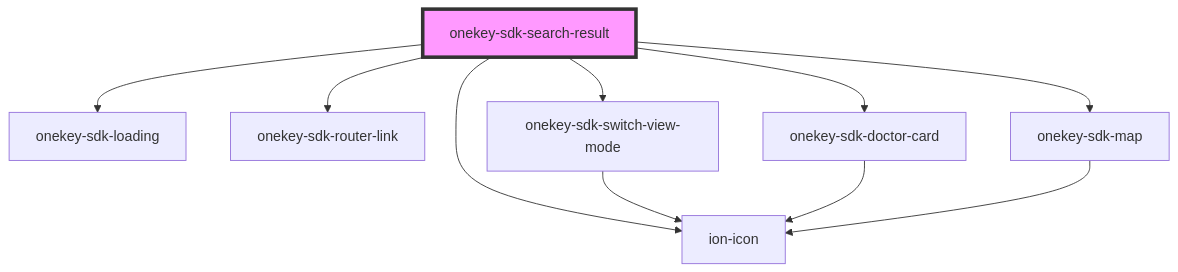
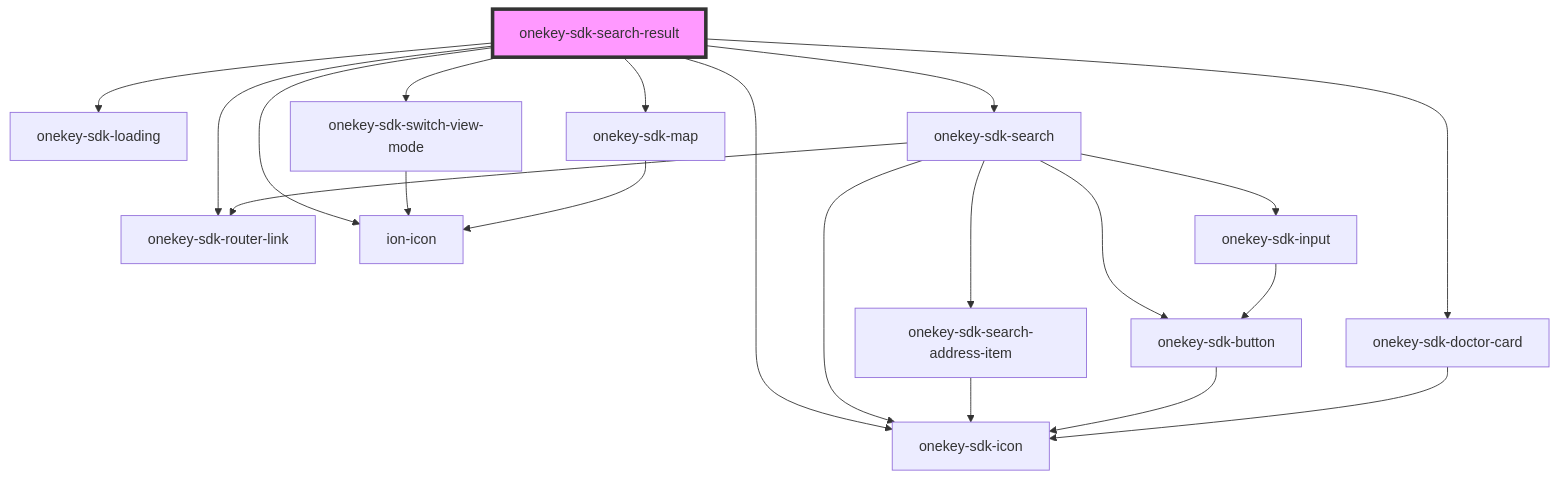
One commit to hcl-sdk/HealthCareLocatorWebSDK changed the diagram in packages/onekey-sdk-core-ui/docs/components/screens/onekey-sdk-search-result/readme.md. Above: the diagram before and after it, drawn with Mermaid. The commit also changed other lines of this file and 42 other files, not shown here.

````diff
--- a/packages/onekey-sdk-core-ui/docs/components/screens/onekey-sdk-search-result/readme.md
+++ b/packages/onekey-sdk-core-ui/docs/components/screens/onekey-sdk-search-result/readme.md
@@ -20,13 +22,23 @@
 ```mermaid
 graph TD;
   onekey-sdk-search-result --> onekey-sdk-loading
   onekey-sdk-search-result --> onekey-sdk-router-link
   onekey-sdk-search-result --> ion-icon
+  onekey-sdk-search-result --> onekey-sdk-search
+  onekey-sdk-search-result --> onekey-sdk-icon
   onekey-sdk-search-result --> onekey-sdk-switch-view-mode
   onekey-sdk-search-result --> onekey-sdk-doctor-card
   onekey-sdk-search-result --> onekey-sdk-map
+  onekey-sdk-search --> onekey-sdk-search-address-item
+  onekey-sdk-search --> onekey-sdk-router-link
+  onekey-sdk-search --> onekey-sdk-icon
+  onekey-sdk-search --> onekey-sdk-input
+  onekey-sdk-search --> onekey-sdk-button
+  onekey-sdk-search-address-item --> onekey-sdk-icon
+  onekey-sdk-input --> onekey-sdk-button
+  onekey-sdk-button --> onekey-sdk-icon
   onekey-sdk-switch-view-mode --> ion-icon
-  onekey-sdk-doctor-card --> ion-icon
+  onekey-sdk-doctor-card --> onekey-sdk-icon
   onekey-sdk-map --> ion-icon
   style onekey-sdk-search-result fill:#f9f,stroke:#333,stroke-width:4px
 ```
````
